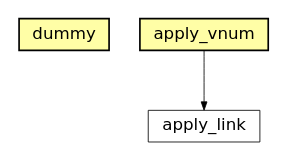
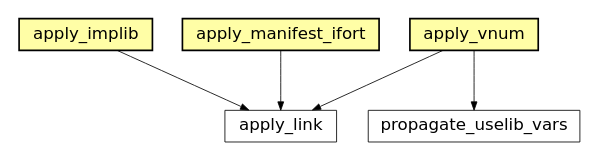
Before and after one commit to timb-machine-mirrors/gitlab-org-protocol-fuzzer-ce: diagram 17 of 45 in build/waf/docs/sphinx/featuremap.rst, drawn with Graphviz. The commit also changed other lines of this file and 601 other files, not shown here.

```diff
--- a/build/waf/docs/sphinx/featuremap.rst
+++ b/build/waf/docs/sphinx/featuremap.rst
@@ -417,9 +686,14 @@
 .. graphviz::
 
 	digraph feature_fcshlib {
-	size="8.0, 12.0";
-		"dummy" [style="setlinewidth(0.5)",URL="tools/fc.html#waflib.Tools.fc.dummy",fontname="Vera Sans, DejaVu Sans, Liberation Sans, Arial, Helvetica, sans",height=0.25,shape=box,fontsize=10,fillcolor="#fffea6",style=filled];
-	"apply_vnum" [style="setlinewidth(0.5)",URL="tools/ccroot.html#waflib.Tools.ccroot.apply_vnum",fontname="Vera Sans, DejaVu Sans, Liberation Sans, Arial, Helvetica, sans",height=0.25,shape=box,fontsize=10,fillcolor="#fffea6",style=filled];
-	"apply_link" [style="setlinewidth(0.5)",URL="tools/ccroot.html#waflib.Tools.ccroot.apply_link",fontname="Vera Sans, DejaVu Sans, Liberation Sans, Arial, Helvetica, sans",height=0.25,shape=box,fontsize=10];
-	"apply_vnum" -> "apply_link" [arrowsize=0.5,style="setlinewidth(0.5)"];
+		size="8.0, 12.0";
+		"apply_implib" [style="setlinewidth(0.5)",URL="../tools/ccroot.html#waflib.Tools.ccroot.apply_implib",target="_top",fontname="Vera Sans, DejaVu Sans, Liberation Sans, Arial, Helvetica, sans",height=0.25,shape="rectangle",fontsize=10,fillcolor="#fffea6",style=filled];
+		"propagate_uselib_vars" [style="setlinewidth(0.5)",URL="../tools/ccroot.html#waflib.Tools.ccroot.propagate_uselib_vars",target="_top",fontname="Vera Sans, DejaVu Sans, Liberation Sans, Arial, Helvetica, sans",height=0.25,shape="rectangle",fontsize=10];
+		"apply_vnum" [style="setlinewidth(0.5)",URL="../tools/ccroot.html#waflib.Tools.ccroot.apply_vnum",target="_top",fontname="Vera Sans, DejaVu Sans, Liberation Sans, Arial, Helvetica, sans",height=0.25,shape="rectangle",fontsize=10,fillcolor="#fffea6",style=filled];
+		"apply_link" [style="setlinewidth(0.5)",URL="../tools/ccroot.html#waflib.Tools.ccroot.apply_link",target="_top",fontname="Vera Sans, DejaVu Sans, Liberation Sans, Arial, Helvetica, sans",height=0.25,shape="rectangle",fontsize=10];
+		"apply_manifest_ifort" [style="setlinewidth(0.5)",URL="../tools/ifort.html#waflib.Tools.ifort.apply_manifest_ifort",target="_top",fontname="Vera Sans, DejaVu Sans, Liberation Sans, Arial, Helvetica, sans",height=0.25,shape="rectangle",fontsize=10,fillcolor="#fffea6",style=filled];
+		"apply_vnum" -> "apply_link" [arrowsize=0.5,style="setlinewidth(0.5)"];
+		"apply_vnum" -> "propagate_uselib_vars" [arrowsize=0.5,style="setlinewidth(0.5)"];
+		"apply_manifest_ifort" -> "apply_link" [arrowsize=0.5,style="setlinewidth(0.5)"];
+		"apply_implib" -> "apply_link" [arrowsize=0.5,style="setlinewidth(0.5)"];
 	}
```
